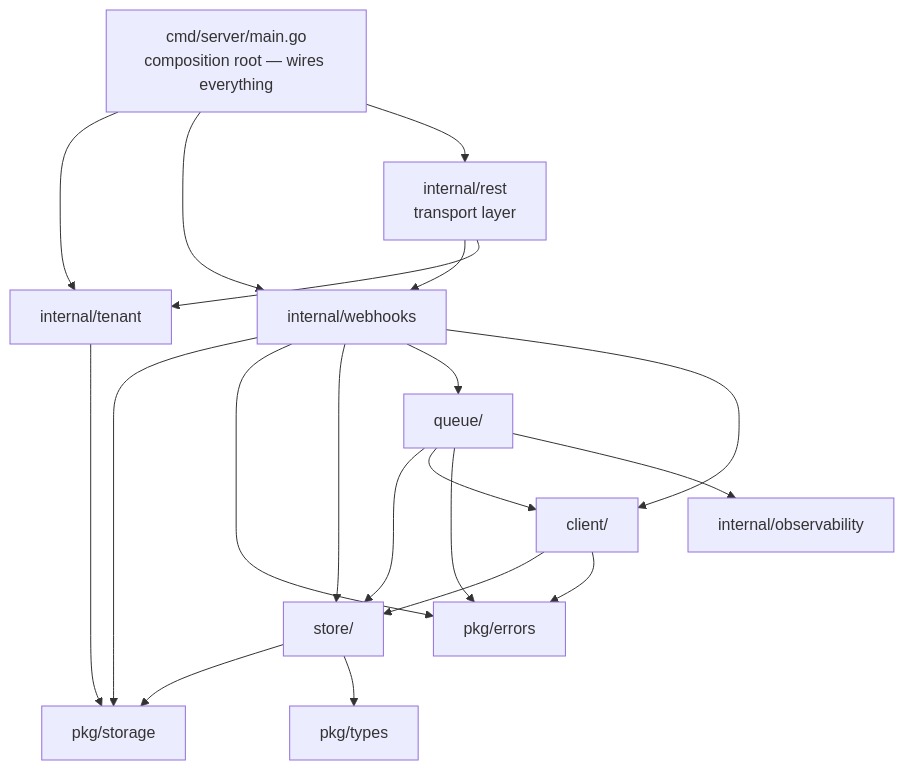
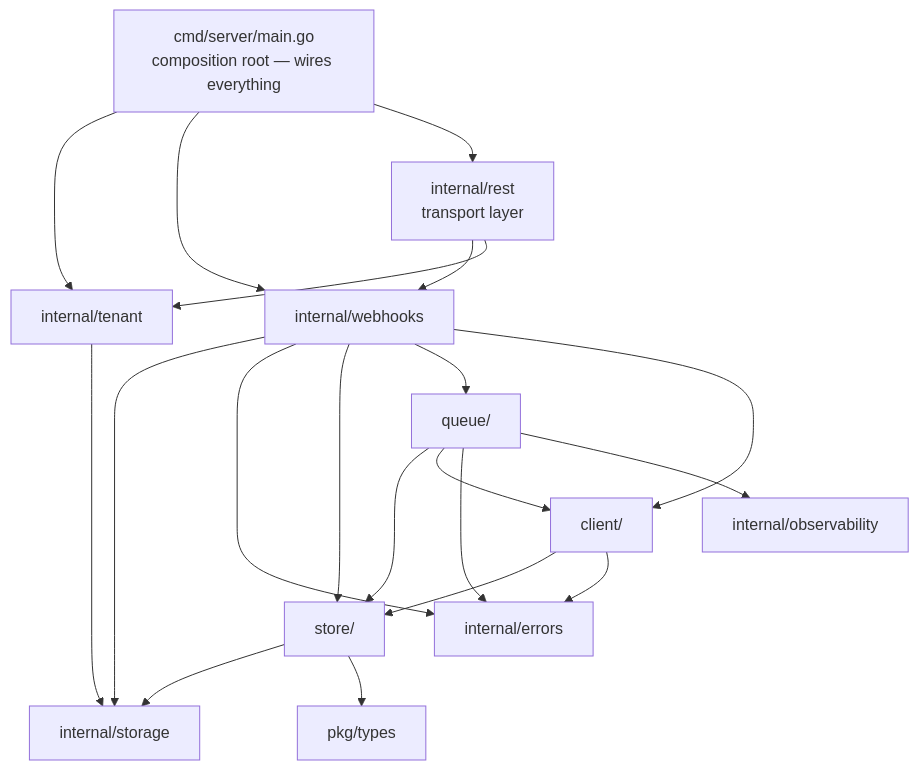
One commit to sarathsp06/sparrow changed the fourth of 4 diagrams in docs/src/content/docs/reference/architecture.mdx. Above: the diagram before and after it, drawn with Mermaid. The commit also changed other lines of this file and 69 other files, not shown here.

First line of the commit message:
refactor!: move pkg/crypto, pkg/storage, pkg/errors to internal/

````diff
--- a/docs/src/content/docs/reference/architecture.mdx
+++ b/docs/src/content/docs/reference/architecture.mdx
@@ -236,25 +236,25 @@
 ```mermaid
 flowchart TD
     accTitle: Package structure
-    accDescr: Package structure: cmd/server/main.go is the composition root wiring internal/tenant, internal/webhooks, and internal/rest. tenant depends on pkg/storage; webhooks depends on pkg/storage and pkg/errors and contains store/ (pkg/storage, pkg/types), queue/ (store, client, pkg/errors, internal/observability), and client/ (store models, pkg/errors); internal/rest is the transport layer over both domain packages. tenant and webhooks never import each other.
+    accDescr: Package structure: cmd/server/main.go is the composition root wiring internal/tenant, internal/webhooks, and internal/rest. tenant depends on internal/storage; webhooks depends on internal/storage and internal/errors and contains store/ (internal/storage, pkg/types), queue/ (store, client, internal/errors, internal/observability), and client/ (store models, internal/errors); internal/rest is the transport layer over both domain packages. tenant and webhooks never import each other.
     Main["cmd/server/main.go<br>composition root — wires everything"]
     Main --> Tenant["internal/tenant"]
     Main --> Webhooks["internal/webhooks"]
     Main --> Rest["internal/rest<br>transport layer"]
-    Tenant --> Storage[pkg/storage]
+    Tenant --> Storage[internal/storage]
     Webhooks --> Storage
-    Webhooks --> Errors[pkg/errors]
+    Webhooks --> Errors[internal/errors]
     Webhooks --> Store["store/"]
     Webhooks --> Queue["queue/"]
     Webhooks --> Client["client/"]
     Store --> Storage
     Store --> Types[pkg/types]
     Queue --> Store
     Queue --> Client
     Queue --> Errors
     Queue --> Obs[internal/observability]
     Client --> Store
     Client --> Errors
     Rest --> Webhooks
     Rest --> Tenant
 ```
````
